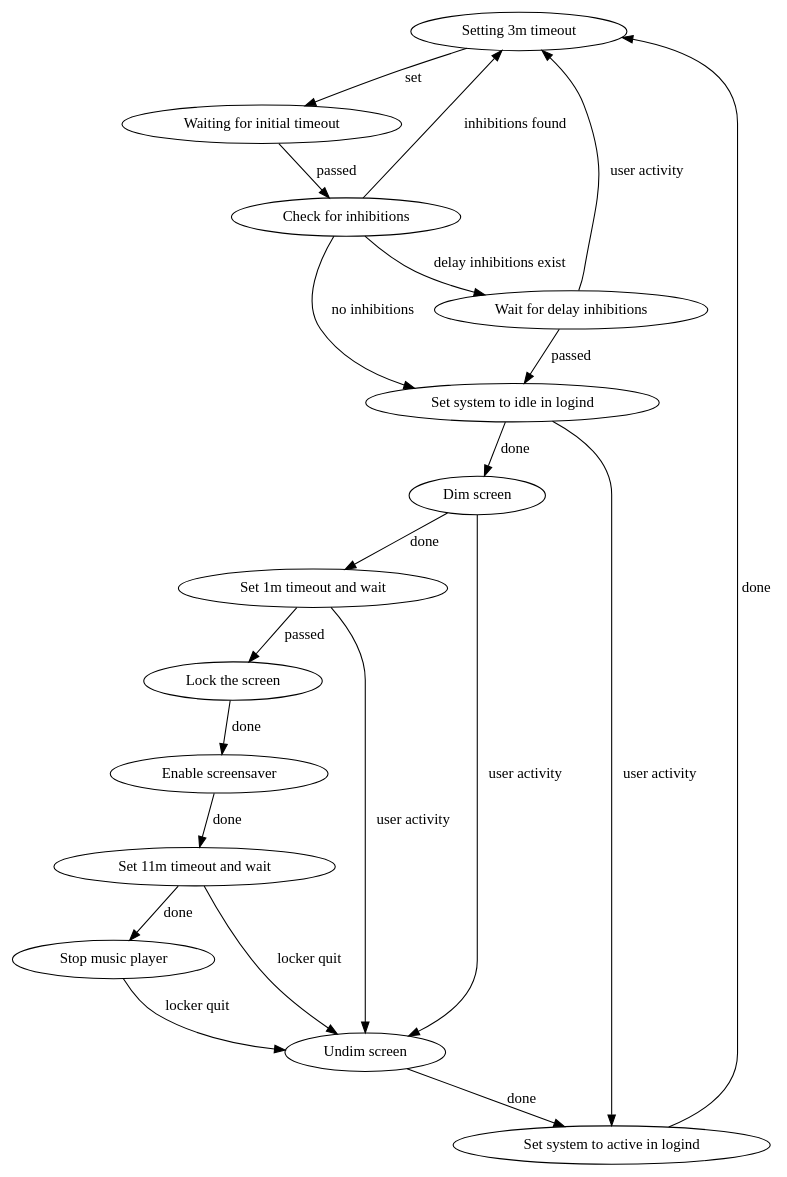
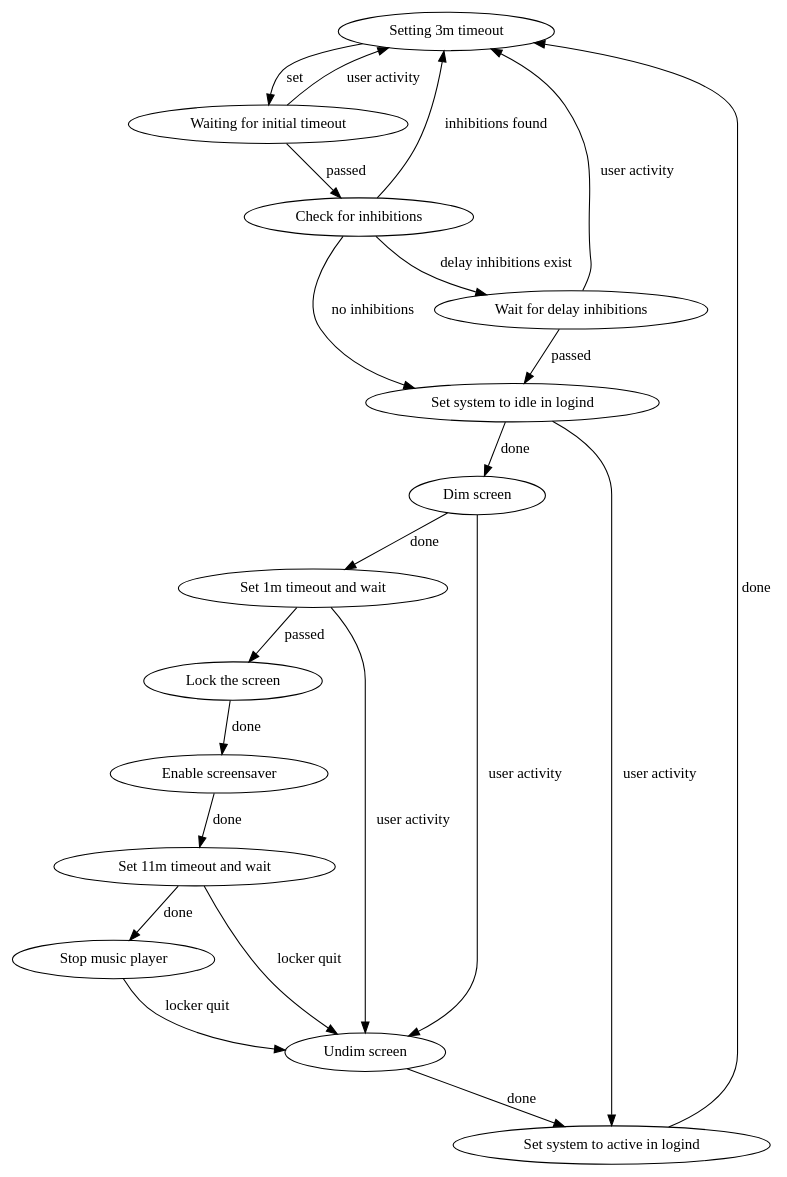
One commit to selverob/energia changed the diagram in src/control/sample_fsm.dot. Above: the diagram before and after it, drawn with Graphviz. The commit also changed 2 other files, not shown here.

Commit message:
Small changes to logging and FSM diagram

```diff
--- a/src/control/sample_fsm.dot
+++ b/src/control/sample_fsm.dot
@@ -1,36 +1,37 @@
 digraph G {
     init [label = "Setting 3m timeout"];
     wait1 [label = "Waiting for initial timeout"];
     cfi1 [label = "Check for inhibitions"];
     inh_wait [label = "Wait for delay inhibitions"];
     do_logind [label = "Set system to idle in logind"];
     rb_logind [label = "Set system to active in logind"];
     do_dim [label = "Dim screen"];
     rb_dim [label = "Undim screen"];
     wait2 [label = "Set 1m timeout and wait"];
     do_lock [label = "Lock the screen"];
     do_screensaver [label = "Enable screensaver"];
     wait3 [label = "Set 11m timeout and wait"];
     do_mpris [label = "Stop music player"];
 
     init -> wait1 [label = set];
     wait1 -> cfi1 [label = "passed"];
+    wait1 -> init [label = "user activity"]
     cfi1 -> init [label = "inhibitions found"];
     cfi1 -> inh_wait [label = "delay inhibitions exist"];
     inh_wait -> do_logind [label = "passed"];
     inh_wait -> init [label = "user activity"];
     cfi1 -> do_logind [label = "no inhibitions"];
     do_logind -> rb_logind [label = "user activity"];
     rb_dim -> rb_logind [label = "done"];
     rb_logind -> init [label = "done"];
     do_logind -> do_dim [label = "done"];
     do_dim -> rb_dim [label = "user activity"];
     do_dim -> wait2 [label = "done"];
     wait2 -> rb_dim [label = "user activity"];
     wait2 -> do_lock [label = "passed"]
     do_lock -> do_screensaver [label = "done"]
     do_screensaver -> wait3 [label = "done"]
     wait3 -> do_mpris [label = "done"]
     wait3 -> rb_dim [label = "locker quit"]
     do_mpris -> rb_dim [label = "locker quit"]
 }
```
